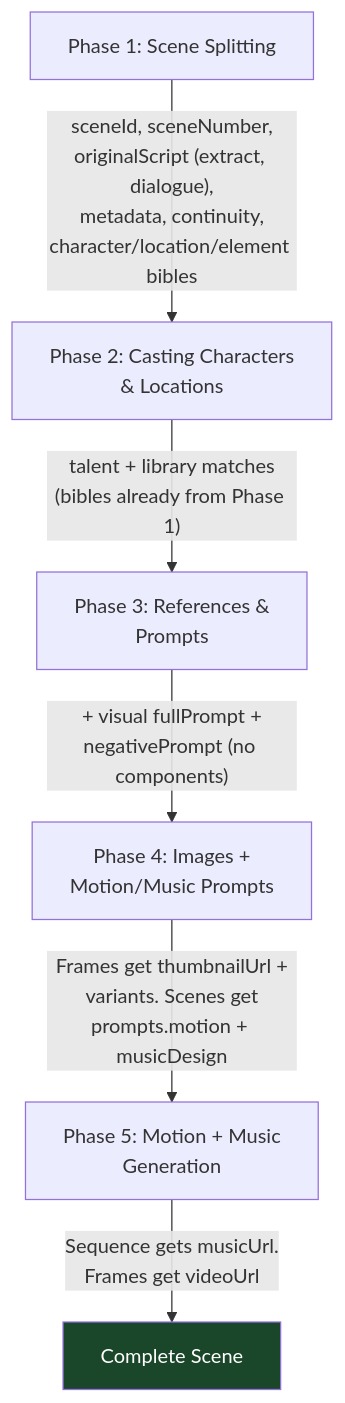
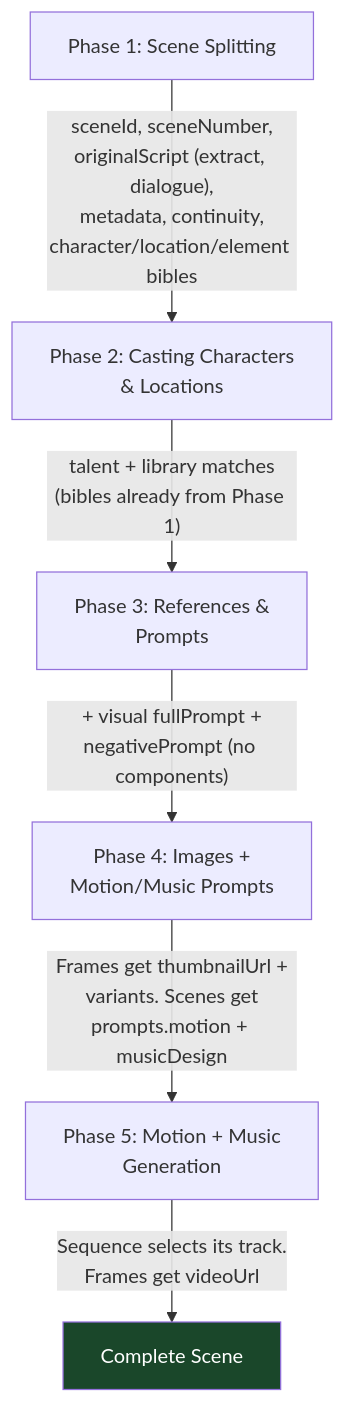
Before and after one commit to Jyatin/openstory: the seventh of 7 diagrams in docs/developer-guide/workflow.md, drawn with Mermaid. The commit also changed other lines of this file and 63 other files, not shown here.

First line of the commit message:
refactor(#1115): music lands through a claim; drop the sequences.music* mirrors (#1938)

````diff
--- a/docs/developer-guide/workflow.md
+++ b/docs/developer-guide/workflow.md
@@ -350,10 +352,10 @@
 ```mermaid
 flowchart TD
     P1["Phase 1: Scene Splitting"] -->|"sceneId, sceneNumber,<br/>originalScript (extract, dialogue),<br/>metadata, continuity,<br/>character/location/element bibles"| P2
     P2["Phase 2: Casting Characters<br/>& Locations"] -->|"talent + library matches<br/>(bibles already from Phase 1)"| P3
     P3["Phase 3: References &<br/>Prompts"] -->|"+ visual fullPrompt +<br/>negativePrompt (no components)"| P4
     P4["Phase 4: Images +<br/>Motion/Music Prompts"] -->|"Frames get thumbnailUrl +<br/>variants. Scenes get<br/>prompts.motion + musicDesign"| P5
-    P5["Phase 5: Motion + Music<br/>Generation"] -->|"Sequence gets musicUrl.<br/>Frames get videoUrl"| Final["Complete Scene"]
+    P5["Phase 5: Motion + Music<br/>Generation"] -->|"Sequence selects its track.<br/>Frames get videoUrl"| Final["Complete Scene"]
 
     style Final fill:#1a472a,color:#fff
 ```
````
